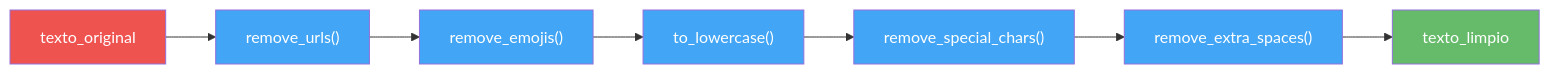
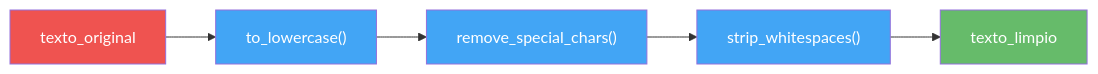
Before and after one commit to SantiagoScetti/analisis-funcional-en-vivo: the third of 7 diagrams in frontend/.agent/arquitectura_del_sistema.md, drawn with Mermaid. The commit also changed other lines of this file and 11 other files, not shown here.

Commit message:
seo: optimize index.html with meta tags, Open Graph, Twitter Cards, and theme color

````diff
--- a/frontend/.agent/arquitectura_del_sistema.md
+++ b/frontend/.agent/arquitectura_del_sistema.md
@@ -181,17 +176,13 @@
 ```mermaid
 flowchart LR
-    Input["texto_original"] --> F1["remove_urls()"]
-    F1 --> F2["remove_emojis()"]
-    F2 --> F3["to_lowercase()"]
-    F3 --> F4["remove_special_chars()"]
-    F4 --> F5["remove_extra_spaces()"]
-    F5 --> Output["texto_limpio"]
+    Input["texto_original"] --> F1["to_lowercase()"]
+    F1 --> F2["remove_special_chars()"]
+    F2 --> F3["strip_whitespaces()"]
+    F3 --> Output["texto_limpio"]
 
     style Input fill:#EF5350,color:#fff
     style Output fill:#66BB6A,color:#fff
     style F1 fill:#42A5F5,color:#fff
     style F2 fill:#42A5F5,color:#fff
     style F3 fill:#42A5F5,color:#fff
-    style F4 fill:#42A5F5,color:#fff
-    style F5 fill:#42A5F5,color:#fff
 ```
````
